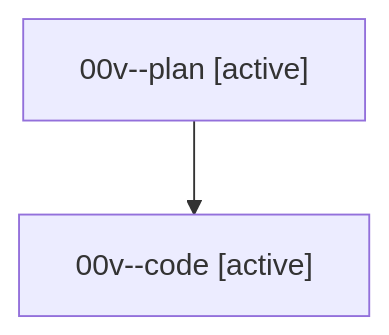
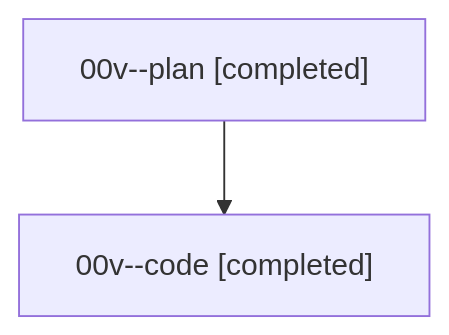
One commit to bobs-org/bob-cli--agents changed the diagram in families/bbugyi200.athena.00v.md. Above: the diagram before and after it, drawn with Mermaid. The commit also changed other lines of this file and 248 other files, not shown here.

````diff
--- a/families/bbugyi200.athena.00v.md
+++ b/families/bbugyi200.athena.00v.md
@@ -9,6 +9,6 @@
 ```mermaid
 flowchart TD
-  n0["00v--plan [active]"]
-  n1["00v--code [active]"]
+  n0["00v--plan [completed]"]
+  n1["00v--code [completed]"]
   n0 --> n1
 ```
````
